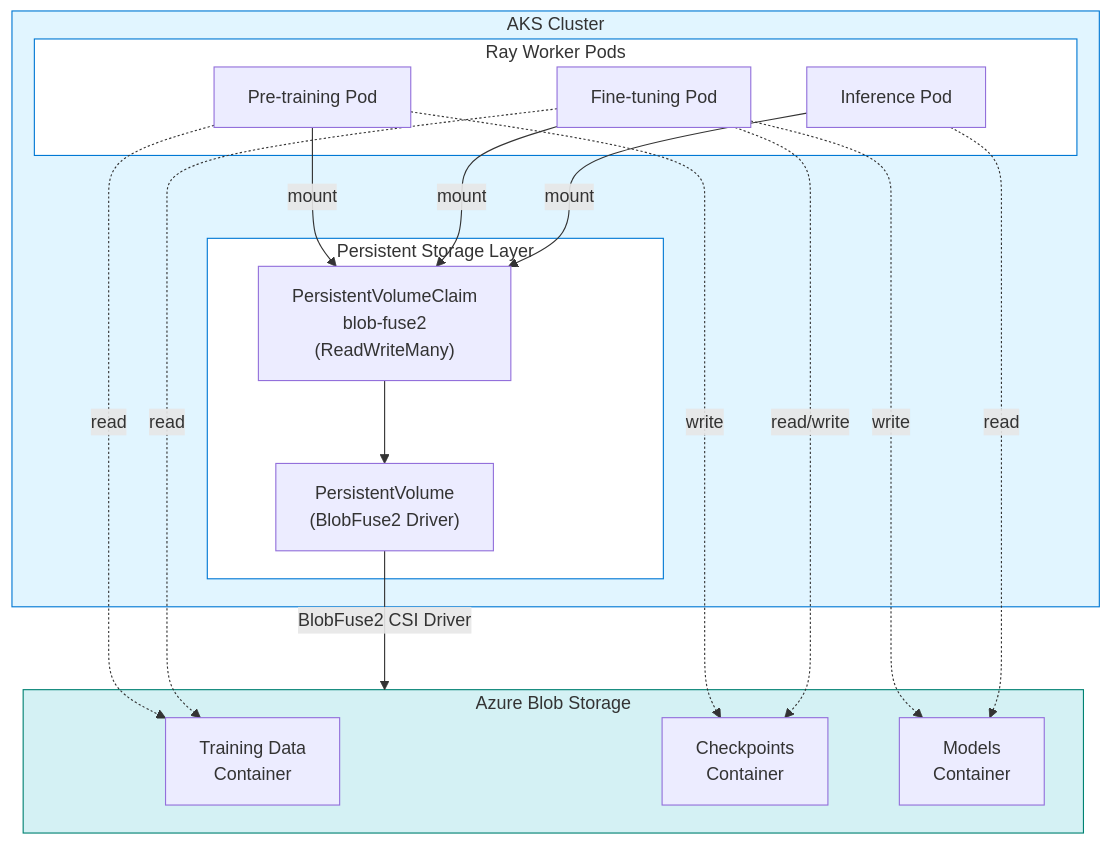
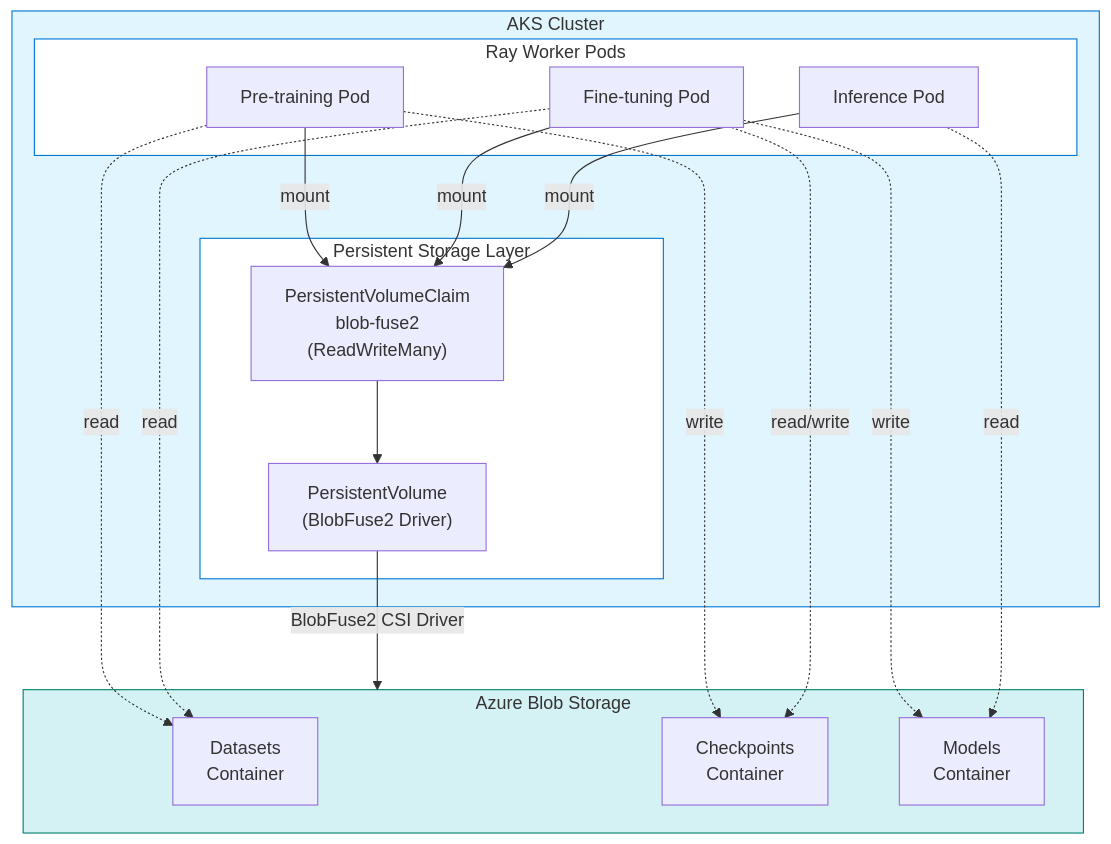
One commit to Azure/AKS changed the diagram in website/blog/2026-02-13-scaling-ray-aks/cluster-storage.mmd. Above: the diagram before and after it, drawn with Mermaid. The commit also changed 2 other files, not shown here.

```diff
--- a/website/blog/2026-02-13-scaling-ray-aks/cluster-storage.mmd
+++ b/website/blog/2026-02-13-scaling-ray-aks/cluster-storage.mmd
@@ -1,40 +1,40 @@
 graph TB
     subgraph AKS["AKS Cluster"]
         subgraph RayWorkers["Ray Worker Pods"]
             PreTrain["Pre-training Pod"]
             FineTune["Fine-tuning Pod"]
             Inference["Inference Pod"]
         end
 
         subgraph Storage["Persistent Storage Layer"]
             PVC["PersistentVolumeClaim<br/>blob-fuse2<br/>(ReadWriteMany)"]
             PV["PersistentVolume<br/>(BlobFuse2 Driver)"]
         end
 
         PreTrain -->|mount| PVC
         FineTune -->|mount| PVC
         Inference -->|mount| PVC
         PVC --> PV
     end
 
     subgraph Azure["Azure Blob Storage"]
-        TrainingData["Training Data<br/>Container"]
+        Datasets["Datasets<br/>Container"]
         Checkpoints["Checkpoints<br/>Container"]
         Models["Models<br/>Container"]
     end
 
     PV -->|BlobFuse2 CSI Driver| Azure
 
-    PreTrain -.->|read| TrainingData
+    PreTrain -.->|read| Datasets
     PreTrain -.->|write| Checkpoints
 
-    FineTune -.->|read| TrainingData
+    FineTune -.->|read| Datasets
     FineTune -.->|read/write| Checkpoints
     FineTune -.->|write| Models
 
     Inference -.->|read| Models
 
     style AKS fill:#e1f5ff,stroke:#0078d4
     style RayWorkers fill:#fff,stroke:#0078d4
     style Storage fill:#fff,stroke:#0078d4
     style Azure fill:#d4f1f4,stroke:#008272
```
